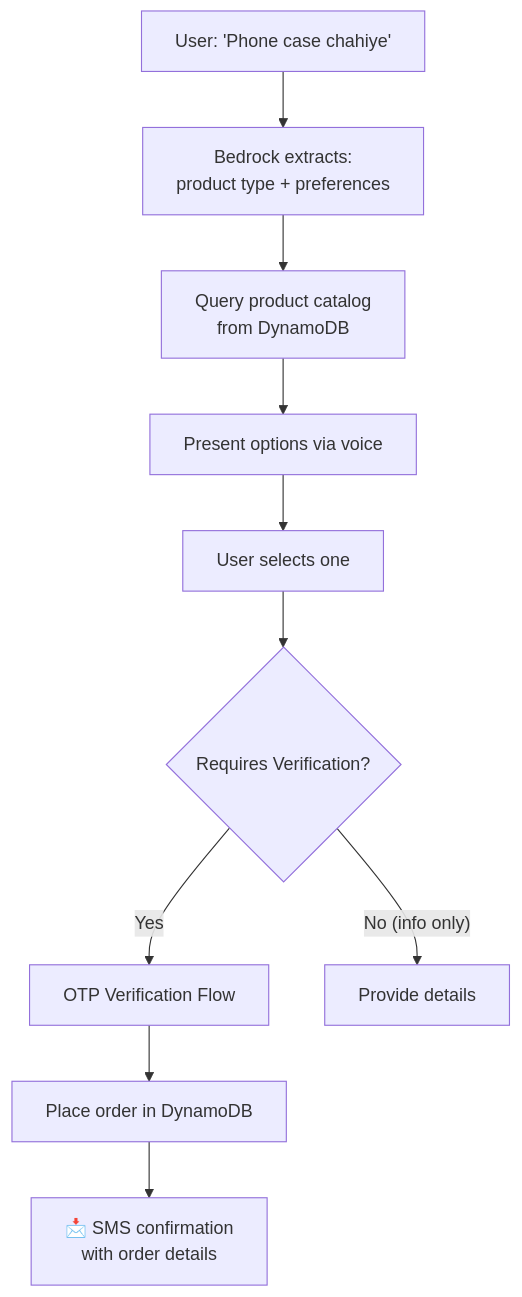
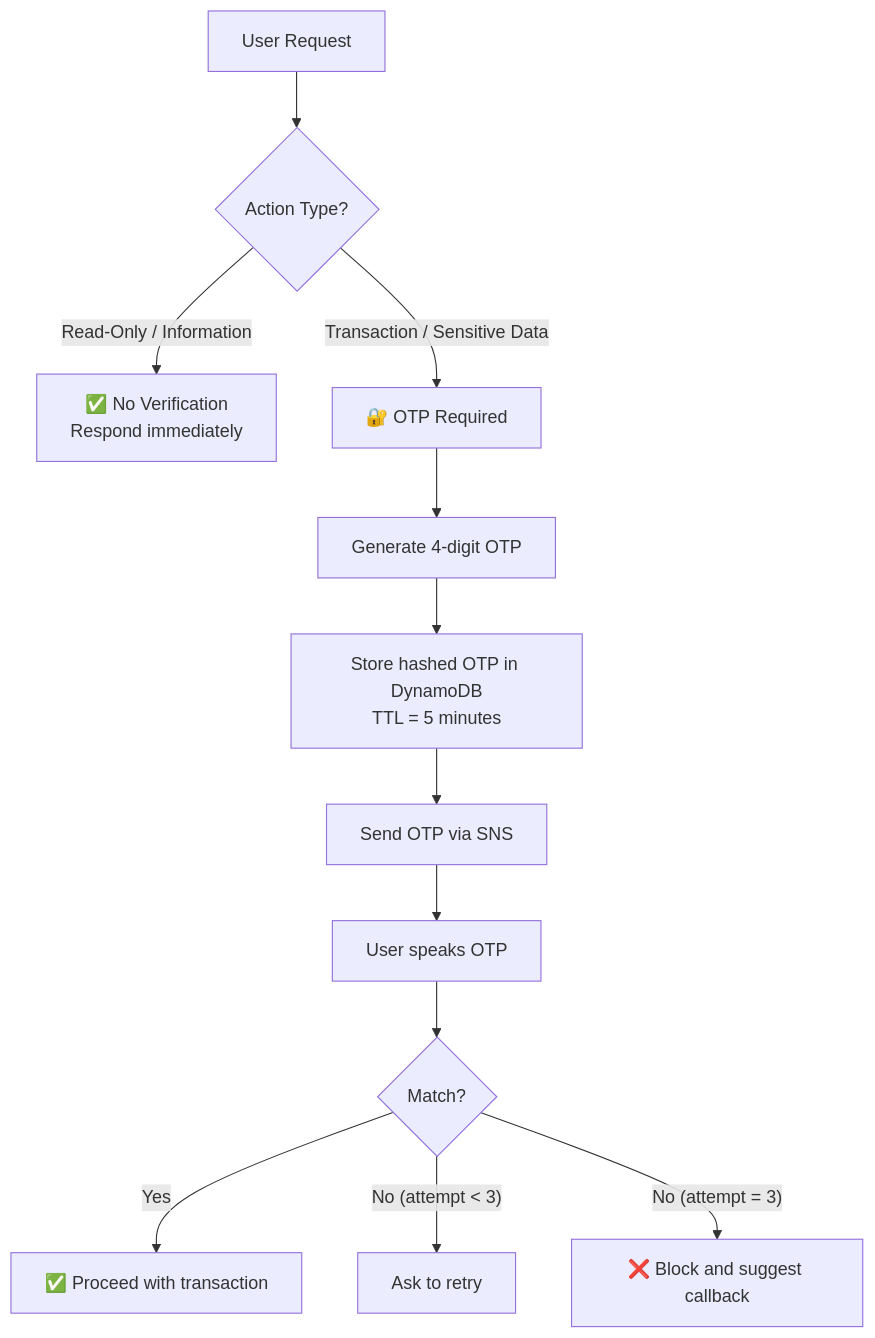
One commit to piyush-lingwal/BharatVani changed the seventh of 10 diagrams in README.md. Above: the diagram before and after it, drawn with Mermaid. The commit also changed other lines of this file, not shown here.

````diff
--- a/README.md
+++ b/README.md
@@ -286,12 +347,14 @@
 ```mermaid
 graph TD
-    A["User: 'Phone case chahiye'"] --> B["Bedrock extracts:<br/>product type + preferences"]
-    B --> C["Query product catalog<br/>from DynamoDB"]
-    C --> D["Present options via voice"]
-    D --> E["User selects one"]
-    E --> F{"Requires Verification?"}
-    F -->|"Yes"| G["OTP Verification Flow"]
-    G --> H["Place order in DynamoDB"]
-    F -->|"No (info only)"| I["Provide details"]
-    H --> J["📩 SMS confirmation<br/>with order details"]
+    A["User Request"] --> B{"Action Type?"}
+    B -->|"Read-Only / Information"| C["✅ No Verification<br/>Respond immediately"]
+    B -->|"Transaction / Sensitive Data"| D["🔐 OTP Required"]
+    D --> E["Generate 4-digit OTP"]
+    E --> F["Store hashed OTP in DynamoDB<br/>TTL = 5 minutes"]
+    F --> G["Send OTP via SNS"]
+    G --> H["User speaks OTP"]
+    H --> I{"Match?"}
+    I -->|"Yes"| J["✅ Proceed with transaction"]
+    I -->|"No (attempt < 3)"| K["Ask to retry"]
+    I -->|"No (attempt = 3)"| L["❌ Block and suggest callback"]
 ```
````
